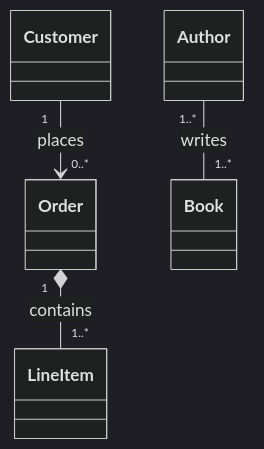
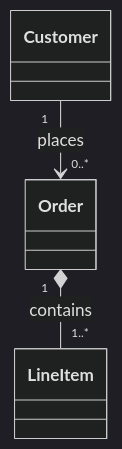
One commit to basidiocarp/lamella changed the second of 2 diagrams in resources/skills/tools/mermaid-diagrams/references/class-diagrams.md. Above: the diagram before and after it, drawn with Mermaid (dark theme). The commit also changed other lines of this file and 1251 other files, not shown here.

````diff
--- a/resources/skills/tools/mermaid-diagrams/references/class-diagrams.md
+++ b/resources/skills/tools/mermaid-diagrams/references/class-diagrams.md
@@ -107,6 +28,5 @@
 ```mermaid
 classDiagram
     Customer "1" --> "0..*" Order : places
     Order "1" *-- "1..*" LineItem : contains
-    Author "1..*" -- "1..*" Book : writes
 ```
````
